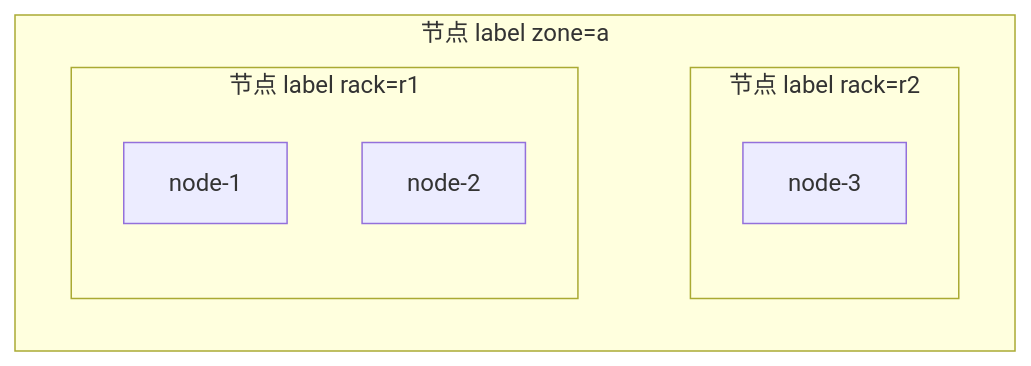
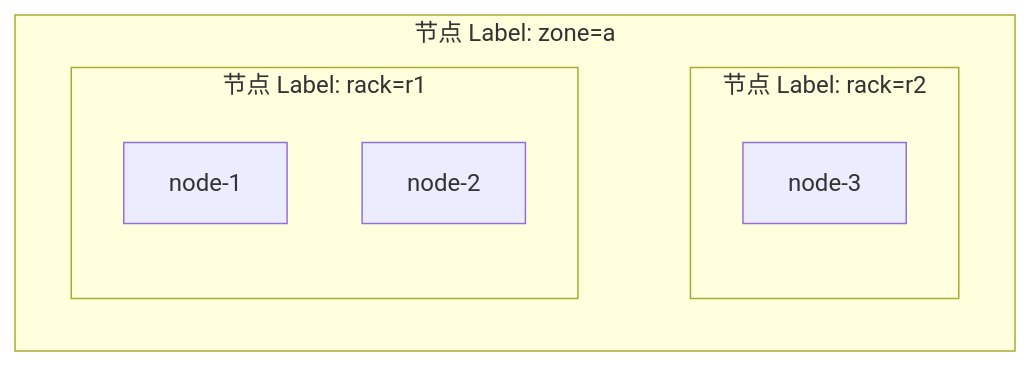
One commit to JesseStutler/volcano changed the ninth of 15 diagrams in docs/research/k8s-workload-aware-scheduling-vs-volcano-cn.md. Above: the diagram before and after it, drawn with Mermaid. The commit also changed other lines of this file and 1 other file, not shown here.

````diff
--- a/docs/research/k8s-workload-aware-scheduling-vs-volcano-cn.md
+++ b/docs/research/k8s-workload-aware-scheduling-vs-volcano-cn.md
@@ -512,14 +422,14 @@
 ```mermaid
 flowchart LR
-    subgraph Z["节点 label zone=a"]
+    subgraph Z["节点 Label: zone=a"]
         direction LR
-        subgraph R1["节点 label rack=r1"]
+        subgraph R1["节点 Label: rack=r1"]
             UN1["node-1"]
             UN2["node-2"]
         end
-        subgraph R2["节点 label rack=r2"]
+        subgraph R2["节点 Label: rack=r2"]
             UN3["node-3"]
         end
     end
     R1 ~~~ R2
 ```
````
